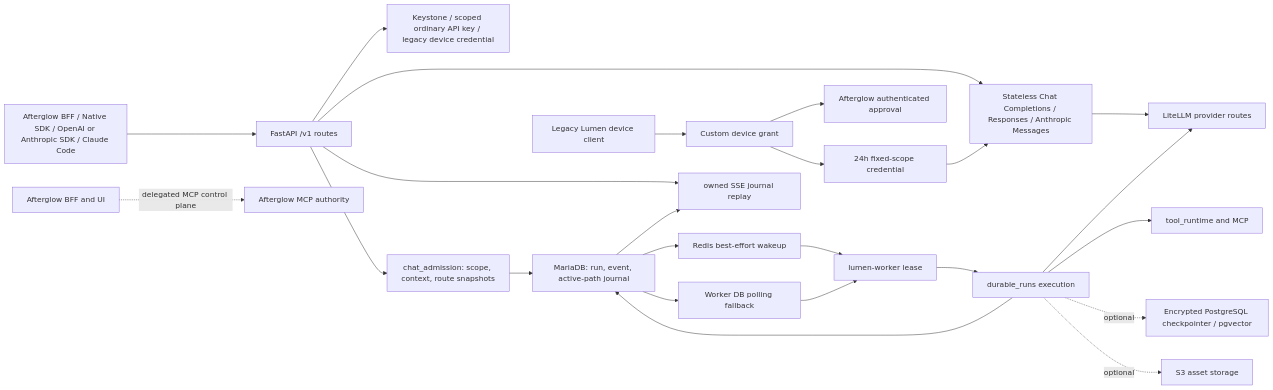
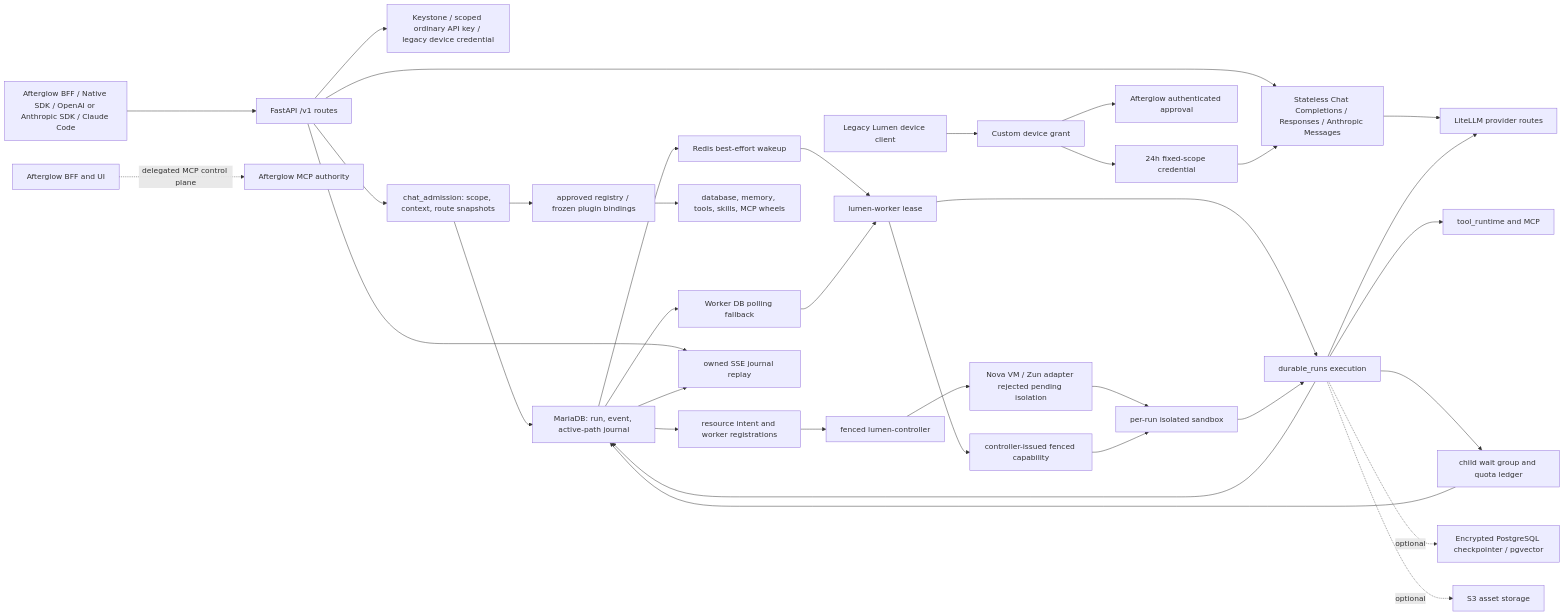
One commit to openstack-afterglow/lumen changed the diagram in ARCHITECTURE.md. Above: the diagram before and after it, drawn with Mermaid. The commit also changed other lines of this file and 210 other files, not shown here.

````diff
--- a/ARCHITECTURE.md
+++ b/ARCHITECTURE.md
@@ -40,26 +51,37 @@
 ```mermaid
 flowchart LR
     Client[Afterglow BFF / Native SDK / OpenAI or Anthropic SDK / Claude Code] --> API[FastAPI /v1 routes]
     API --> Auth[Keystone / scoped ordinary API key / legacy device credential]
     API --> Admission[chat_admission: scope, context, route snapshots]
     API --> Compat[Stateless Chat Completions / Responses / Anthropic Messages]
     Admission --> Journal[MariaDB: run, event, active-path journal]
     Compat --> Providers
     Journal --> Wake[Redis best-effort wakeup]
     Journal --> Poll[Worker DB polling fallback]
     Wake --> Worker[lumen-worker lease]
     Poll --> Worker
     Worker --> Execute[durable_runs execution]
     Execute --> Providers[LiteLLM provider routes]
     Execute --> Tools[tool_runtime and MCP]
     Execute --> Journal
+    Admission --> PluginHost[approved registry / frozen plugin bindings]
+    PluginHost --> Wheels[database, memory, tools, skills, MCP wheels]
+    Execute --> Child[child wait group and quota ledger]
+    Child --> Journal
+    Journal --> Intent[resource intent and worker registrations]
+    Intent --> Controller[fenced lumen-controller]
+    Controller --> Cloud[Nova VM / Zun adapter rejected pending isolation]
+    Cloud --> Sandbox[per-run isolated sandbox]
+    Worker --> Dispatch[controller-issued fenced capability]
+    Dispatch --> Sandbox
+    Sandbox --> Execute
     API --> SSE[owned SSE journal replay]
     Journal --> SSE
     Execute -. optional .-> PG[Encrypted PostgreSQL checkpointer / pgvector]
     Execute -. optional .-> S3[S3 asset storage]
     Afterglow[Afterglow BFF and UI] -. delegated MCP control plane .-> MCP[Afterglow MCP authority]
     CustomDeviceClient[Legacy Lumen device client] --> Device[Custom device grant]
     Device --> AfterglowAuth[Afterglow authenticated approval]
     Device --> GatewayKey[24h fixed-scope credential]
     GatewayKey --> Compat
 ```
````
